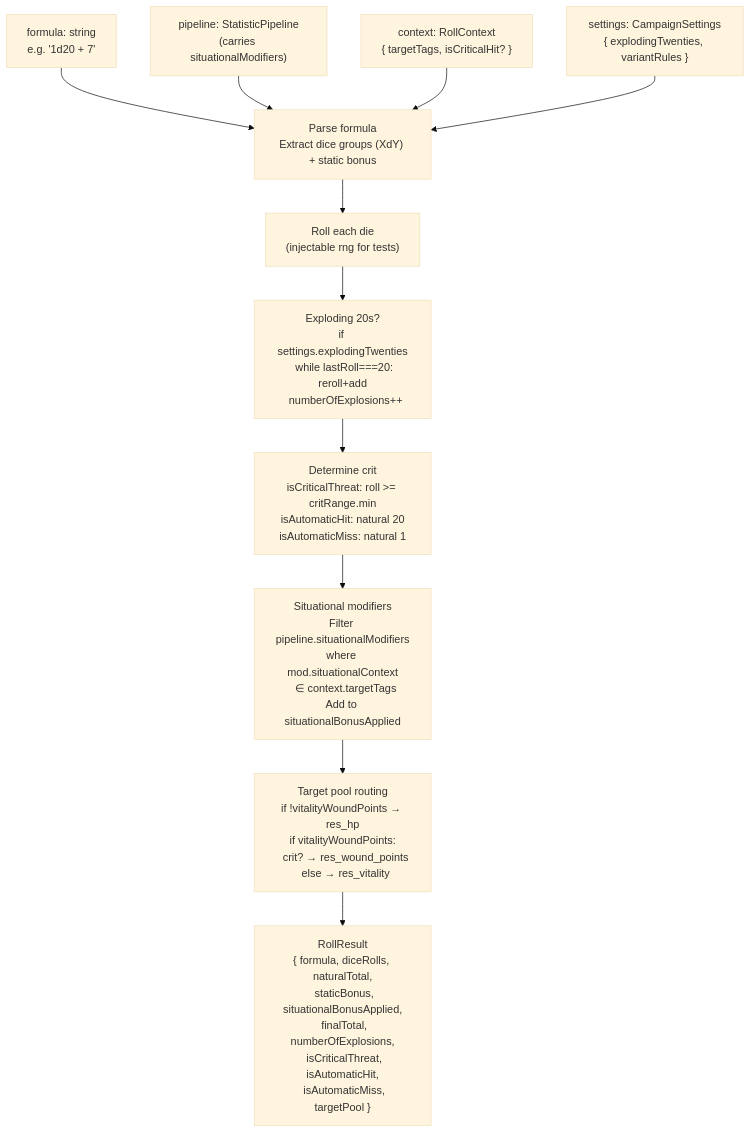
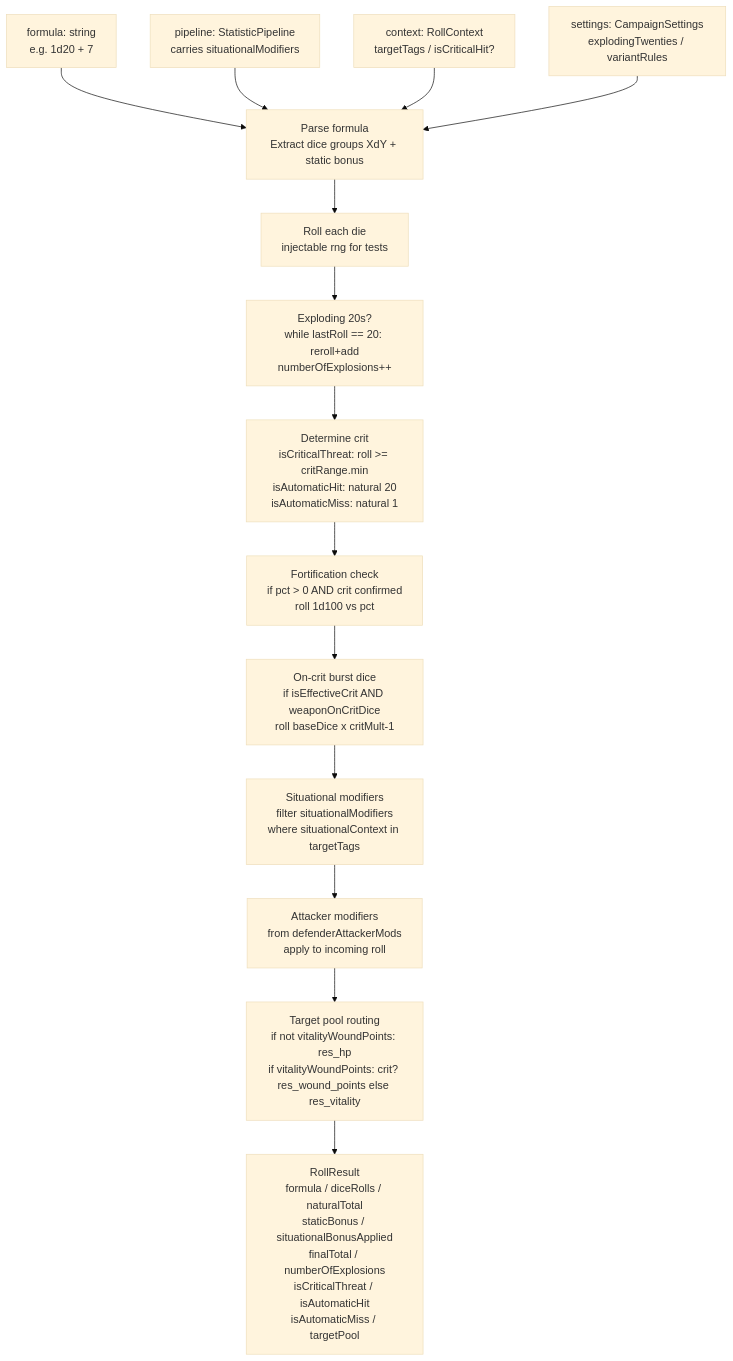
The fourth of 5 diagrams in ARCHITECTURE.md (tartampluch/character-vault), drawn with Mermaid (base theme) before and after one commit. The commit also changed other lines of this file and 3 other files, not shown here.

````diff
--- a/ARCHITECTURE.md
+++ b/ARCHITECTURE.md
@@ -3732,24 +2662,21 @@
 ```mermaid
 flowchart TD
-    FORMULA["formula: string\ne.g. '1d20 + 7'"]
-    PIPELINE["pipeline: StatisticPipeline\n(carries situationalModifiers)"]
-    CTX["context: RollContext\n{ targetTags, isCriticalHit? }"]
-    SETTINGS["settings: CampaignSettings\n{ explodingTwenties, variantRules }"]
+    FORMULA[formula: string<br/>e.g. 1d20 + 7]
+    PIPELINE[pipeline: StatisticPipeline<br/>carries situationalModifiers]
+    CTX[context: RollContext<br/>targetTags / isCriticalHit?]
+    SETTINGS[settings: CampaignSettings<br/>explodingTwenties / variantRules]
 
-    PARSE["Parse formula\nExtract dice groups (XdY) + static bonus"]
-
-    ROLL["Roll each die\n(injectable rng for tests)"]
-
-    EXP["Exploding 20s?\nif settings.explodingTwenties\n  while lastRoll===20: reroll+add\n  numberOfExplosions++"]
-
-    CRIT["Determine crit\nisCriticalThreat: roll >= critRange.min\nisAutomaticHit: natural 20\nisAutomaticMiss: natural 1"]
-
-    SITU["Situational modifiers\nFilter pipeline.situationalModifiers\nwhere mod.situationalContext\n  ∈ context.targetTags\nAdd to situationalBonusApplied"]
-
-    POOL["Target pool routing\nif !vitalityWoundPoints → res_hp\nif vitalityWoundPoints:\n  crit? → res_wound_points\n  else → res_vitality"]
-
-    RESULT["RollResult\n{ formula, diceRolls, naturalTotal,\n  staticBonus, situationalBonusApplied,\n  finalTotal, numberOfExplosions,\n  isCriticalThreat, isAutomaticHit,\n  isAutomaticMiss, targetPool }"]
+    PARSE[Parse formula<br/>Extract dice groups XdY + static bonus]
+    ROLL[Roll each die<br/>injectable rng for tests]
+    EXP[Exploding 20s?<br/>while lastRoll == 20: reroll+add<br/>numberOfExplosions++]
+    CRIT[Determine crit<br/>isCriticalThreat: roll >= critRange.min<br/>isAutomaticHit: natural 20<br/>isAutomaticMiss: natural 1]
+    FORT[Fortification check<br/>if pct > 0 AND crit confirmed<br/>roll 1d100 vs pct]
+    BURST[On-crit burst dice<br/>if isEffectiveCrit AND weaponOnCritDice<br/>roll baseDice x critMult-1]
+    SITU[Situational modifiers<br/>filter situationalModifiers<br/>where situationalContext in targetTags]
+    ATTKMOD[Attacker modifiers<br/>from defenderAttackerMods<br/>apply to incoming roll]
+    POOL[Target pool routing<br/>if not vitalityWoundPoints: res_hp<br/>if vitalityWoundPoints: crit? res_wound_points else res_vitality]
+    RESULT[RollResult<br/>formula / diceRolls / naturalTotal<br/>staticBonus / situationalBonusApplied<br/>finalTotal / numberOfExplosions<br/>isCriticalThreat / isAutomaticHit<br/>isAutomaticMiss / targetPool]
 
     FORMULA & PIPELINE & CTX & SETTINGS --> PARSE
-    PARSE --> ROLL --> EXP --> CRIT --> SITU --> POOL --> RESULT
+    PARSE --> ROLL --> EXP --> CRIT --> FORT --> BURST --> SITU --> ATTKMOD --> POOL --> RESULT
 ```
````
